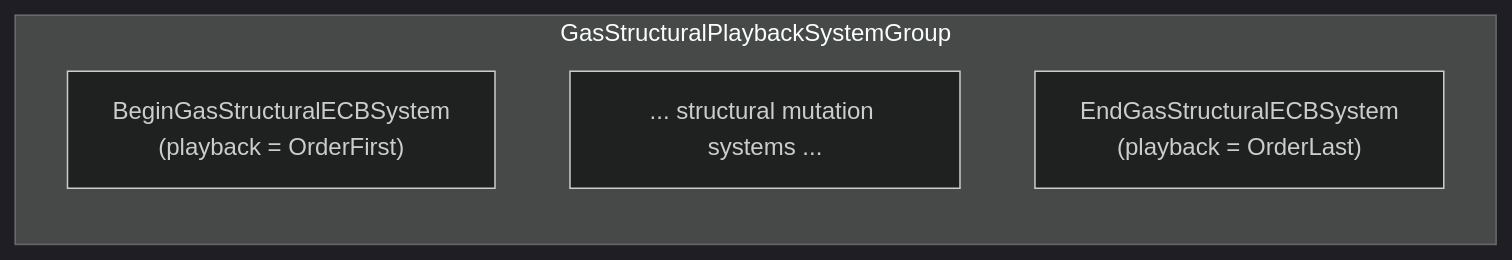
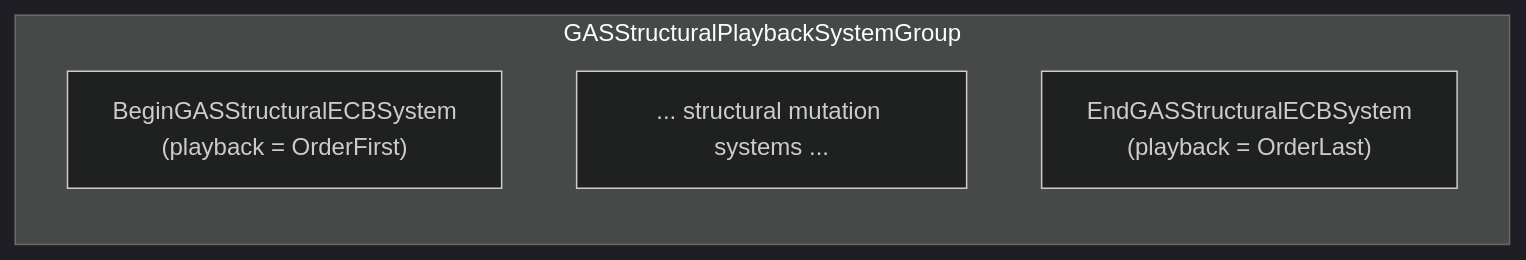
The third of 6 diagrams in 方案讨论/针对2.0的ECS架构的迭代方案讨论/当前路线/01-目标态架构共识/03-RuntimeCore管线Spec.md (Bo-ki/gameplay-ability-system-for-unity), drawn with Mermaid (dark theme) before and after one commit. The commit also changed other lines of this file and 15 other files, not shown here.

````diff
--- a/方案讨论/针对2.0的ECS架构的迭代方案讨论/当前路线/01-目标态架构共识/03-RuntimeCore管线Spec.md
+++ b/方案讨论/针对2.0的ECS架构的迭代方案讨论/当前路线/01-目标态架构共识/03-RuntimeCore管线Spec.md
@@ -85,8 +85,8 @@
 ```mermaid
 flowchart LR
-    subgraph GasStructuralPlaybackSystemGroup
-        BeginGasStructuralECB["BeginGasStructuralECBSystem\n(playback = OrderFirst)"]
+    subgraph GASStructuralPlaybackSystemGroup
+        BeginGasStructuralECB["BeginGASStructuralECBSystem\n(playback = OrderFirst)"]
         GasStructuralSystems["... structural mutation systems ..."]
-        EndGasStructuralECB["EndGasStructuralECBSystem\n(playback = OrderLast)"]
+        EndGasStructuralECB["EndGASStructuralECBSystem\n(playback = OrderLast)"]
     end
 ```
````
